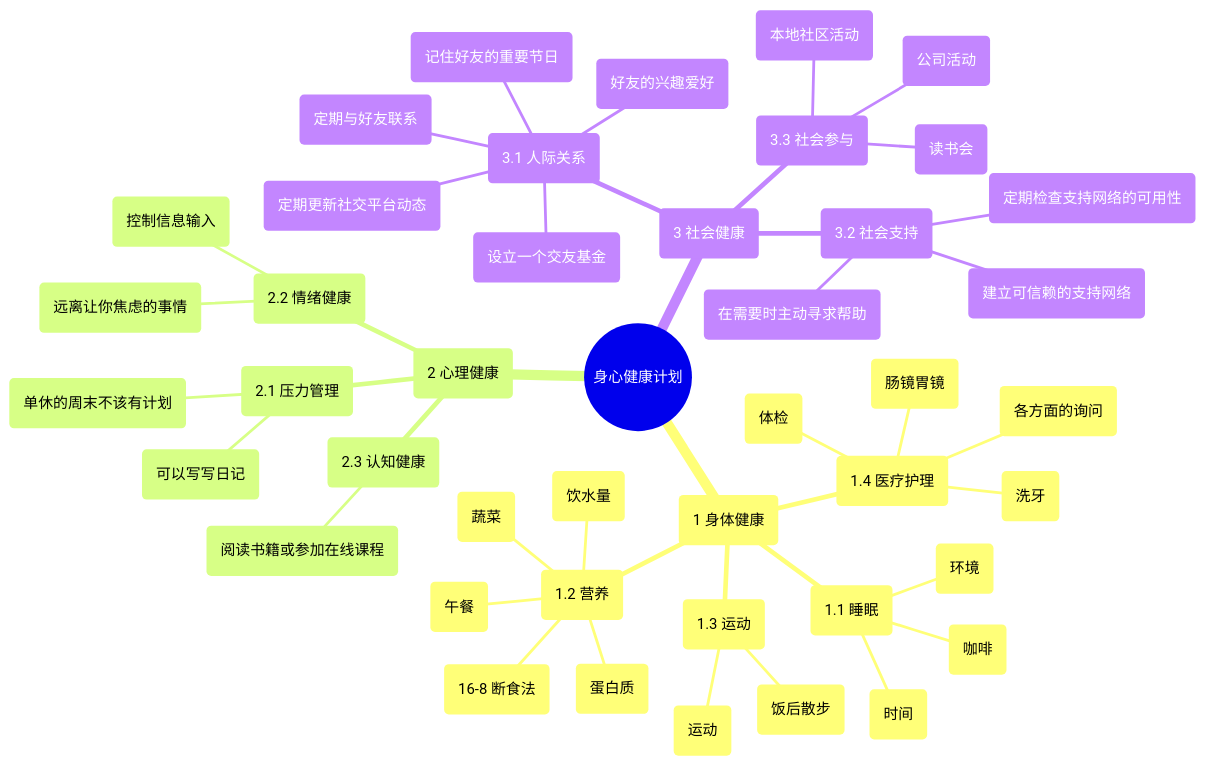
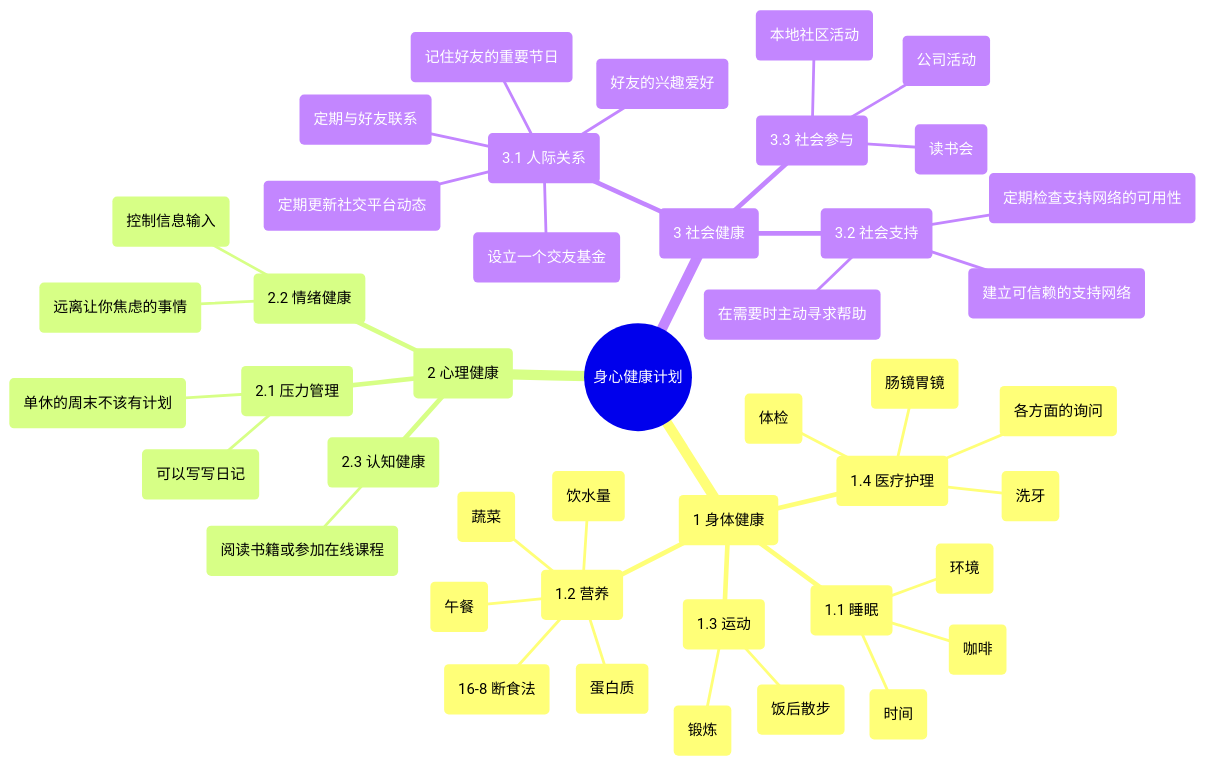
The first of 4 diagrams in src/content/blog/health.md (niracler/bokushi), drawn with Mermaid before and after one commit. The commit also changed other lines of this file and 1 other file, not shown here.

````diff
--- a/src/content/blog/health.md
+++ b/src/content/blog/health.md
@@ -12,47 +14,47 @@
 ```mermaid
 mindmap
   root((身心健康计划))
     (1 身体健康)
       (1.1 睡眠)
         (环境)
         (时间)
         (咖啡)
       (1.2 营养)
         (蔬菜)
         (蛋白质)
         (16-8 断食法)
         (午餐)
         (饮水量)
       (1.3 运动)
-        (运动)
+        (锻炼)
         (饭后散步)
       (1.4 医疗护理)
         (体检)
         (洗牙)
         (肠镜胃镜)
         (各方面的询问)
     (2 心理健康)
       (2.1 压力管理)
         (单休的周末不该有计划)
         (可以写写日记)
       (2.2 情绪健康)
         (控制信息输入)
         (远离让你焦虑的事情)
       (2.3 认知健康)
         (阅读书籍或参加在线课程)
     (3 社会健康)
       (3.1 人际关系)
         (定期更新社交平台动态)
         (定期与好友联系)
         (记住好友的重要节日)
         (好友的兴趣爱好)
         (设立一个交友基金)
       (3.2 社会支持)
         (建立可信赖的支持网络)
         (在需要时主动寻求帮助)
         (定期检查支持网络的可用性)
       (3.3 社会参与)
         (读书会)
         (公司活动)
         (本地社区活动)
 ```
````
